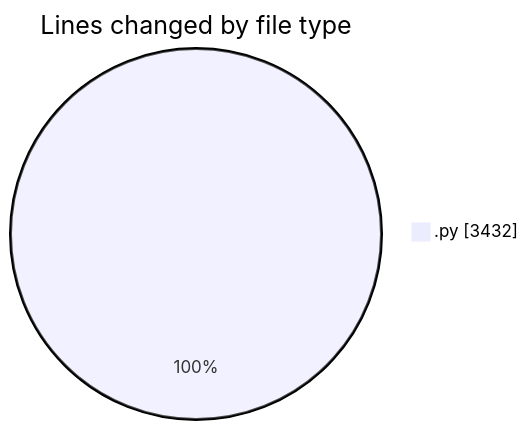
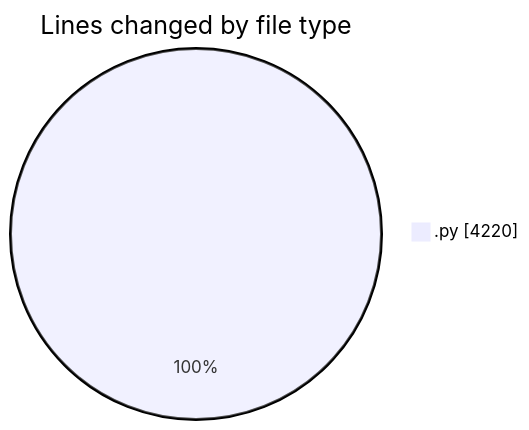
The first of 2 diagrams in 2025-07-14/telebot/README.md (jrari/code-tracking), drawn with Mermaid before and after one commit. The commit also changed other lines of this file and 1 other file, not shown here.

````diff
--- a/2025-07-14/telebot/README.md
+++ b/2025-07-14/telebot/README.md
@@ -24,5 +25,5 @@
 ```mermaid
 pie showData
 title Lines changed by file type
-".py" : 3432
+".py" : 4220
 ```
````
